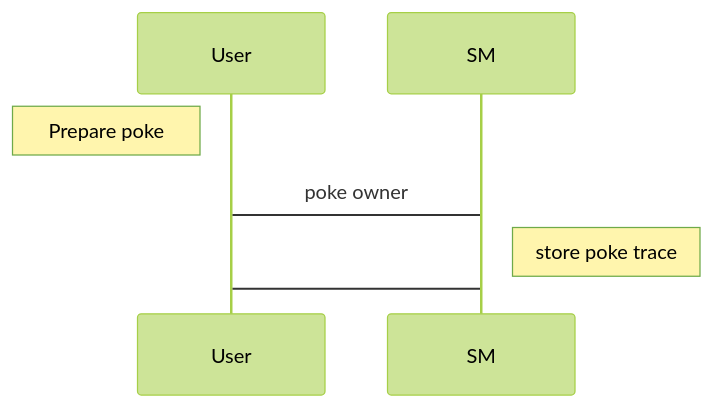
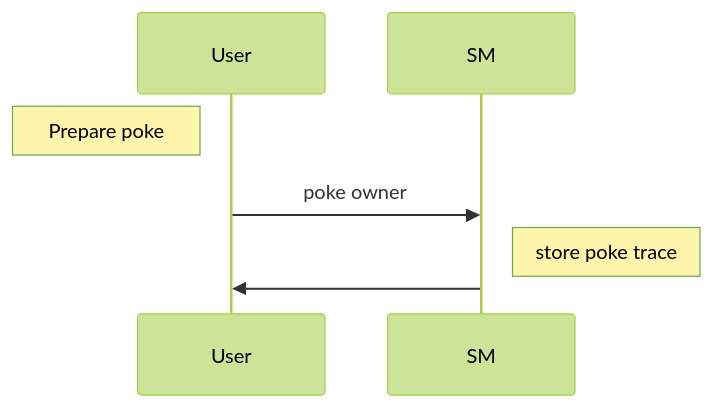
Before and after one commit to marigold-dev/training-dapp-1: the diagram in README.md, drawn with Mermaid (forest theme).

Commit message:
almost same syntax

````diff
--- a/README.md
+++ b/README.md
@@ -25,7 +25,7 @@
 ```mermaid
 sequenceDiagram
   Note left of User: Prepare poke
-  User->SM: poke owner
+  User->>SM: poke owner
   Note right of SM: store poke trace
-  SM->User: 
+  SM->>User: 
 ```
````
